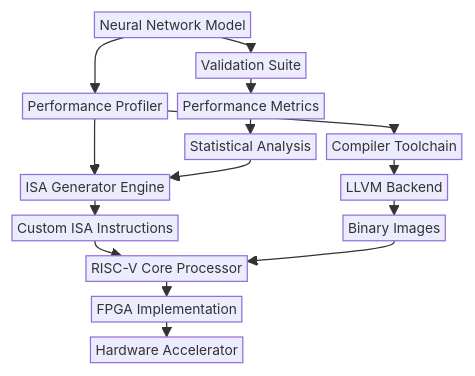
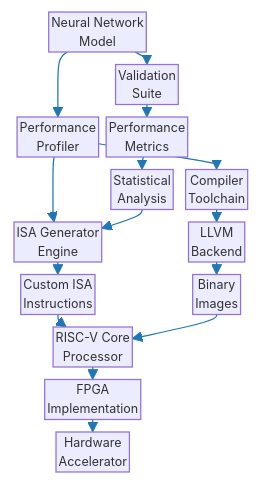
One commit to AryaP-1243/fpga-riscv-nn-extensions changed the diagram in README.md. Above: the diagram before and after it, drawn with Mermaid.

Commit message:
Further optimize mermaid diagram for full text visibility
- Reduce spacing even more: nodeSpacing 6, rankSpacing 10, padding 1
- Reduce font size to 10px for better fit
- Add manual line breaks with <br/> in node labels to prevent overflow
- Add custom styling with proper colors for better visibility
- Ensure all complete text labels are fully visible in compact format

````diff
--- a/README.md
+++ b/README.md
@@ -73,21 +73,21 @@
 ```mermaid
-%%{init: {'flowchart': {'nodeSpacing': 8, 'rankSpacing': 12, 'curve': 'basis', 'padding': 2}, 'themeVariables': {'fontSize': '11px'}}}%%
+%%{init: {'flowchart': {'nodeSpacing': 6, 'rankSpacing': 10, 'curve': 'basis', 'padding': 1}, 'themeVariables': {'fontSize': '10px', 'lineColor': '#1f77b4', 'primaryColor': '#ffffff', 'primaryTextColor': '#1f77b4', 'primaryBorderColor': '#1f77b4'}}}%%
 graph TB
-    A[Neural Network Model]
-    A --> B[Performance Profiler]
-    B --> C[ISA Generator Engine]
-    C --> D[Custom ISA Instructions]
-    D --> E[RISC-V Core Processor]
-    E --> F[FPGA Implementation]
-    F --> G[Hardware Accelerator]
+    A[Neural Network<br/>Model]
+    A --> B[Performance<br/>Profiler]
+    B --> C[ISA Generator<br/>Engine]
+    C --> D[Custom ISA<br/>Instructions]
+    D --> E[RISC-V Core<br/>Processor]
+    E --> F[FPGA<br/>Implementation]
+    F --> G[Hardware<br/>Accelerator]
 
-    B --> H[Compiler Toolchain]
-    H --> I[LLVM Backend]
-    I --> J[Binary Images]
+    B --> H[Compiler<br/>Toolchain]
+    H --> I[LLVM<br/>Backend]
+    I --> J[Binary<br/>Images]
     J --> E
 
-    A --> K[Validation Suite]
-    K --> L[Performance Metrics]
-    L --> M[Statistical Analysis]
+    A --> K[Validation<br/>Suite]
+    K --> L[Performance<br/>Metrics]
+    L --> M[Statistical<br/>Analysis]
     M --> C
 ```
````
